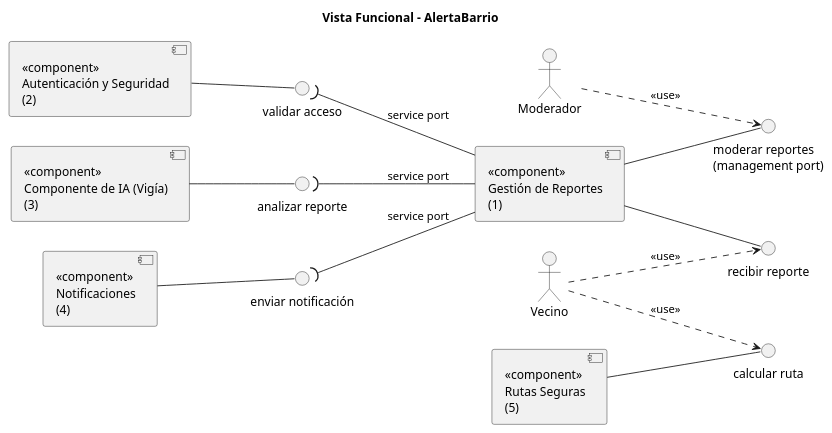
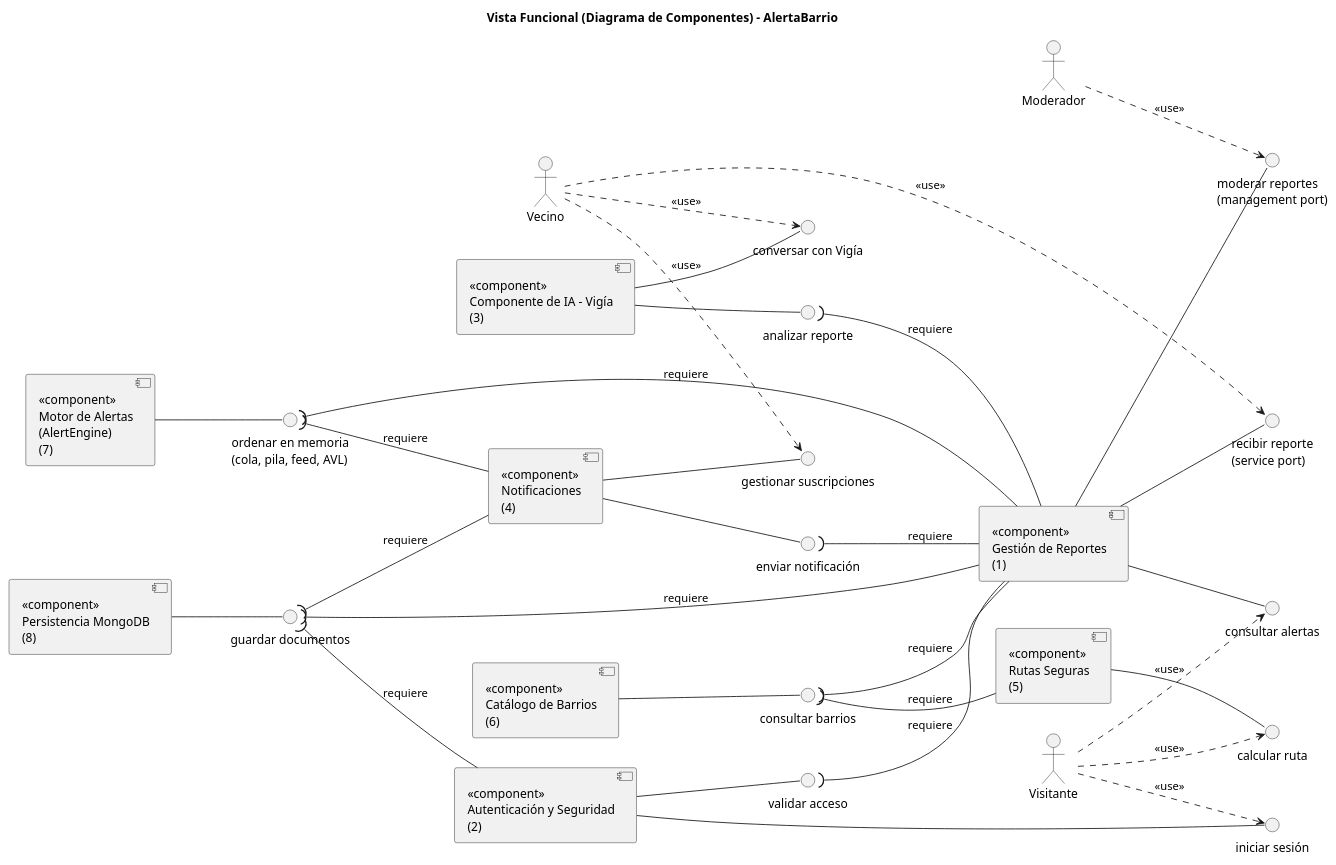
One commit to neber18/AlertaBarrio-Diseno-de-Software changed the diagram in docs/diagramas/2_vista_funcional.puml. Above: the diagram before and after it, drawn with PlantUML. The commit also changed 12 other files, not shown here.

Commit message:
docs: vistas 4+1 más completas (motor de alertas, capas y despliegue)

```diff
--- a/docs/diagramas/2_vista_funcional.puml
+++ b/docs/diagramas/2_vista_funcional.puml
@@ -1,34 +1,65 @@
 @startuml Vista_Funcional_AlertaBarrio
-title Vista Funcional - AlertaBarrio
+title Vista Funcional (Diagrama de Componentes) - AlertaBarrio
 skinparam componentStyle uml2
 left to right direction
 
+actor Visitante
+actor Vecino
+actor Moderador
+
 component "<<component>>\nAutenticación y Seguridad\n(2)" as Auth
-component "<<component>>\nComponente de IA (Vigía)\n(3)" as IA
+component "<<component>>\nComponente de IA - Vigía\n(3)" as IA
 component "<<component>>\nNotificaciones\n(4)" as Notif
+component "<<component>>\nCatálogo de Barrios\n(6)" as Cat
+component "<<component>>\nMotor de Alertas\n(AlertEngine)\n(7)" as Eng
+component "<<component>>\nPersistencia MongoDB\n(8)" as Per
 component "<<component>>\nRutas Seguras\n(5)" as Rutas
 component "<<component>>\nGestión de Reportes\n(1)" as Rep
 
-() "validar acceso" as I1
-() "analizar reporte" as I2
-() "enviar notificación" as I3
-() "calcular ruta" as I4
-() "moderar reportes\n(management port)" as I5
-() "recibir reporte" as I6
+() "iniciar sesión" as A0
+() "validar acceso" as A1
+() "analizar reporte" as I1
+() "conversar con Vigía" as I2
+() "enviar notificación" as N1
+() "gestionar suscripciones" as N2
+() "consultar barrios" as C1
+() "ordenar en memoria\n(cola, pila, feed, AVL)" as E1
+() "guardar documentos" as P1
+() "calcular ruta" as R1
+() "recibir reporte\n(service port)" as S1
+() "consultar alertas" as S2
+() "moderar reportes\n(management port)" as S3
 
-Auth -- I1
+Auth -- A0
+Auth -- A1
+IA -- I1
 IA -- I2
-Notif -- I3
-Rutas -- I4
-I1 )-- Rep : service port
-I2 )-- Rep : service port
-I3 )-- Rep : service port
-Rep -- I5
-Rep -- I6
+Notif -- N1
+Notif -- N2
+Cat -- C1
+Eng -- E1
+Per -- P1
+Rutas -- R1
+Rep -- S1
+Rep -- S2
+Rep -- S3
 
-actor Moderador
-actor Vecino
-Moderador ..> I5 : <<use>>
-Vecino ..> I6 : <<use>>
-Vecino ..> I4 : <<use>>
+A1 )-- Rep : requiere
+I1 )-- Rep : requiere
+N1 )-- Rep : requiere
+C1 )-- Rep : requiere
+E1 )-- Rep : requiere
+P1 )-- Rep : requiere
+C1 )-- Rutas : requiere
+E1 )-- Notif : requiere
+P1 )-- Notif : requiere
+P1 )-- Auth : requiere
+
+Visitante ..> A0 : <<use>>
+Visitante ..> S2 : <<use>>
+Visitante ..> R1 : <<use>>
+Vecino ..> S1 : <<use>>
+Vecino ..> N2 : <<use>>
+Vecino ..> I2 : <<use>>
+Moderador ..> S3 : <<use>>
 @enduml
```
